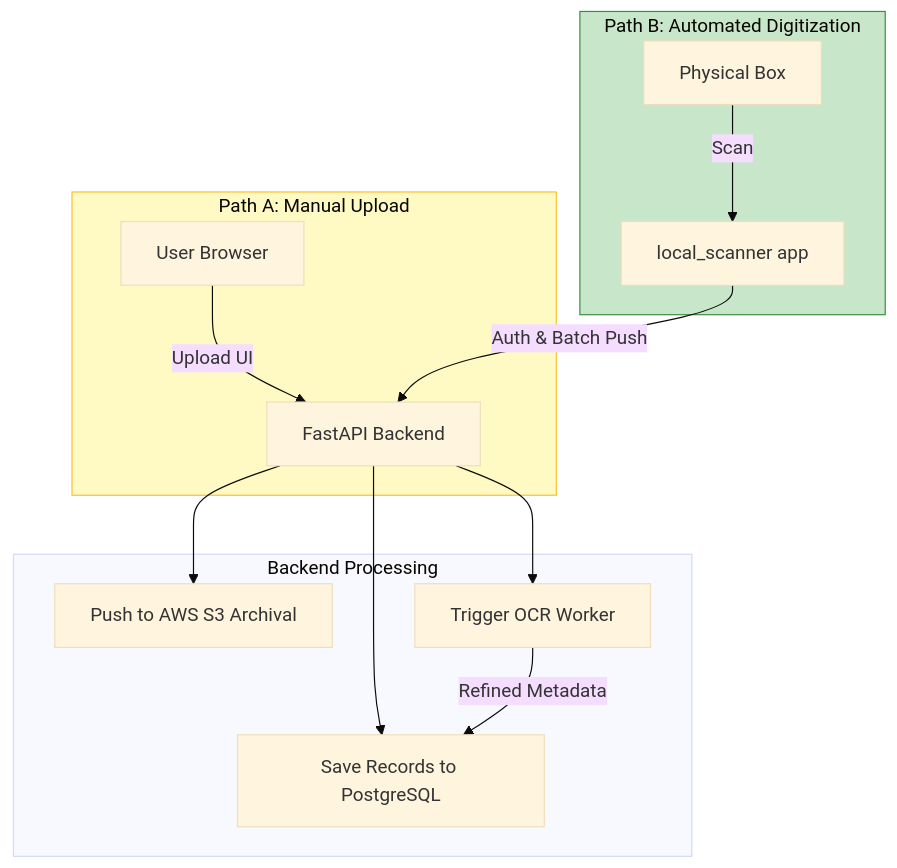
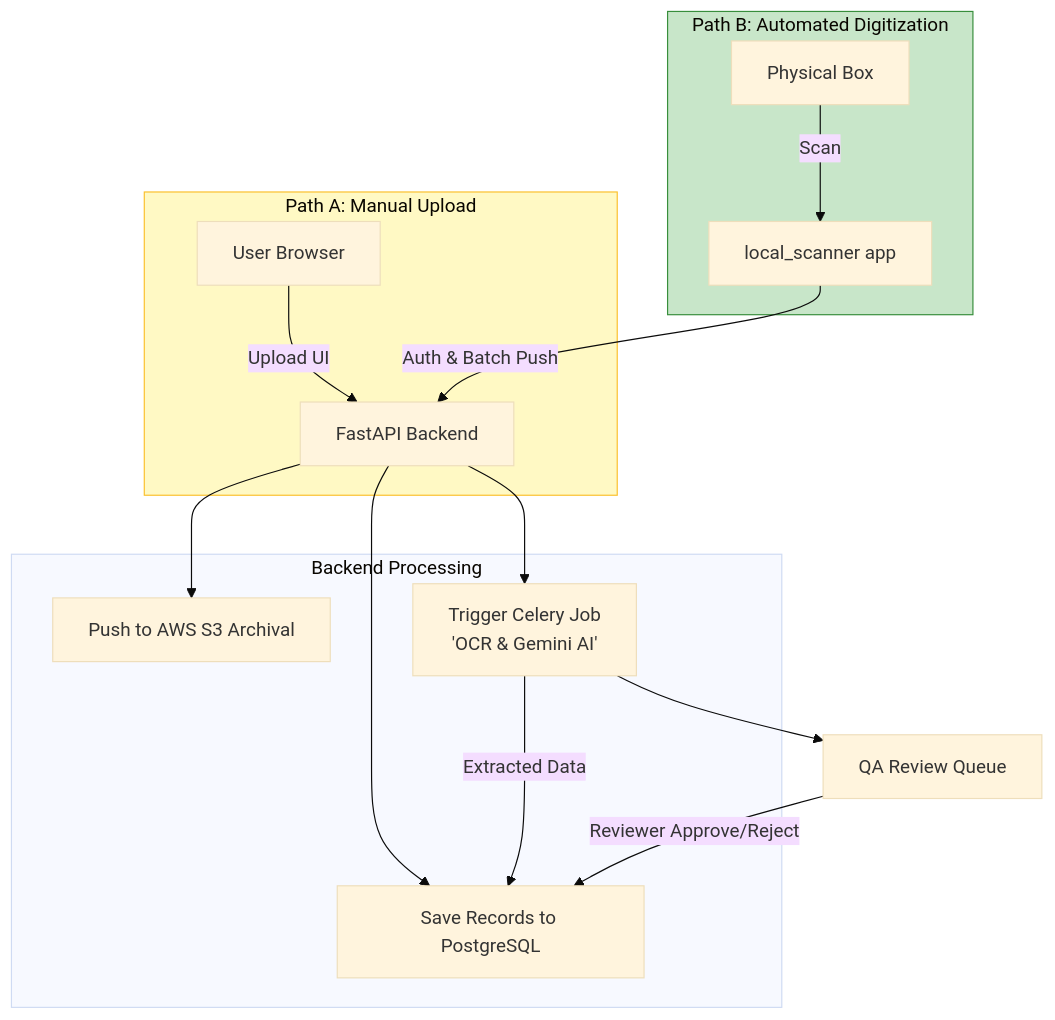
One commit to digifortlabs/digifortlabs changed the third of 4 diagrams in docs/workflow_diagrams.md. Above: the diagram before and after it, drawn with Mermaid (base theme). The commit also changed other lines of this file and 56 other files, not shown here.

````diff
--- a/docs/workflow_diagrams.md
+++ b/docs/workflow_diagrams.md
@@ -90,22 +90,24 @@
 ```mermaid
 flowchart TD
     subgraph PathA [Path A: Manual Upload]
         Browser[User Browser] -->|Upload UI| BackendAPI[FastAPI Backend]
     end
 
     subgraph PathB [Path B: Automated Digitization]
         Scanner[Physical Box] -->|Scan| LocalTool[local_scanner app]
         LocalTool -->|Auth & Batch Push| BackendAPI
     end
 
     subgraph Processing [Backend Processing]
         BackendAPI --> Metadata[Save Records to PostgreSQL]
         BackendAPI --> Archive[Push to AWS S3 Archival]
-        BackendAPI --> OCR[Trigger OCR Worker]
+        BackendAPI --> AI[Trigger Celery Job<br/>'OCR & Gemini AI']
     end
 
-    OCR -->|Refined Metadata| Metadata
+    AI -->|Extracted Data| Metadata
+    AI --> QA[QA Review Queue]
+    QA -->|Reviewer Approve/Reject| Metadata
     
     style PathA fill:#fff9c4,stroke:#fbc02d
     style PathB fill:#c8e6c9,stroke:#388e3c
 ```
````
